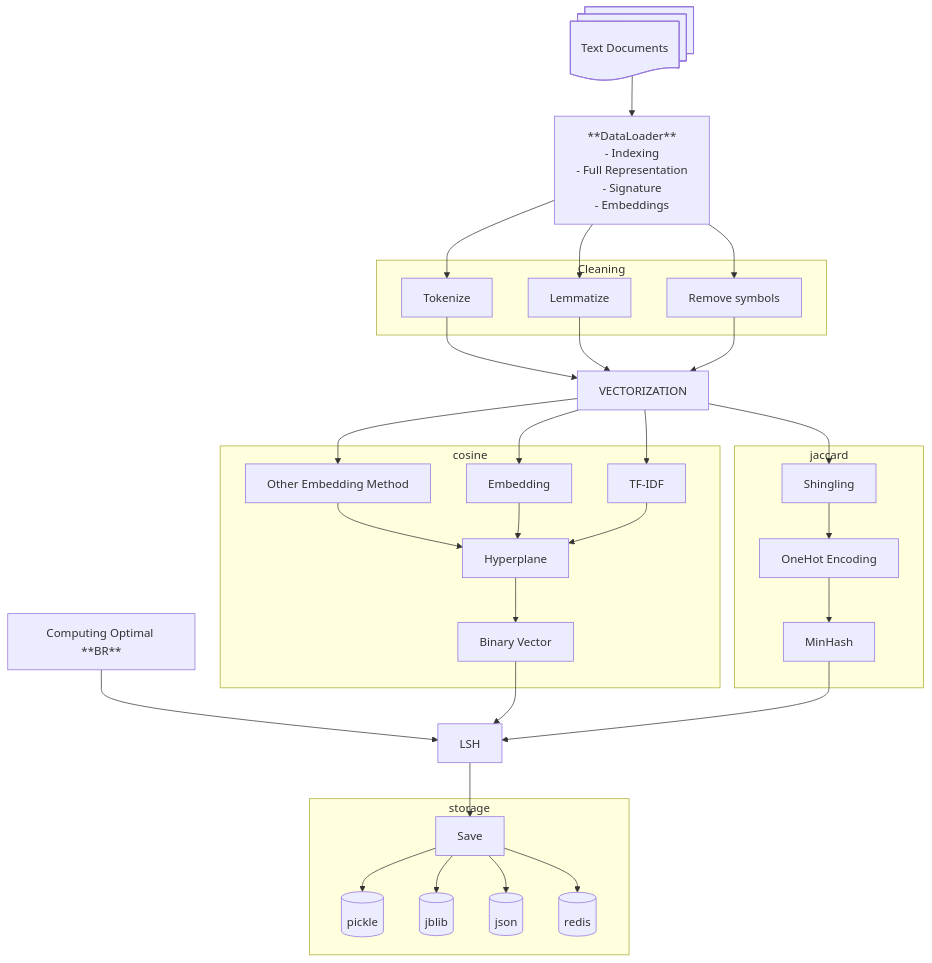
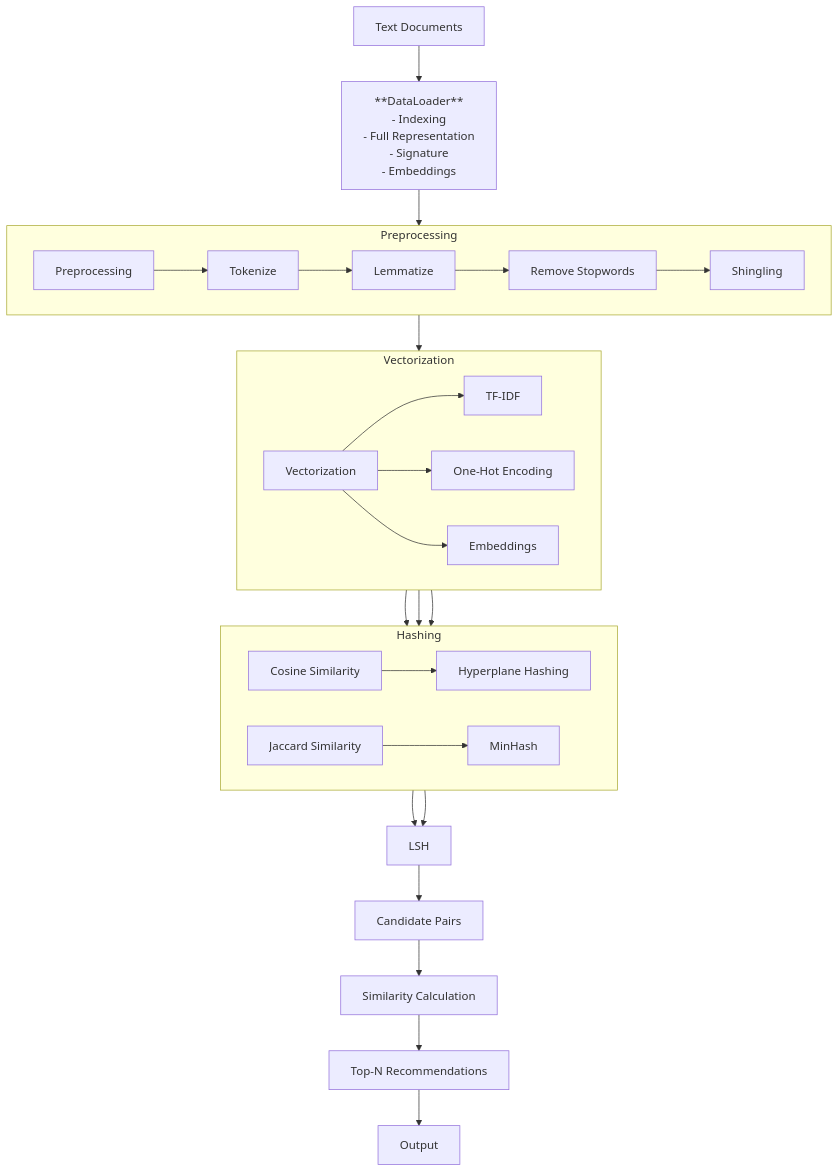
Before and after one commit to mxngjxa/lshrs: the diagram in README.md, drawn with Mermaid. The commit also changed other lines of this file, not shown here.

````diff
--- a/README.md
+++ b/README.md
@@ -1,75 +82,52 @@
 ```mermaid
 ---
 config:
   layout: dagre
 ---
 flowchart TD
 
     A["Text Documents"]
     A --> B["**DataLoader**
     - Indexing
     - Full Representation
     - Signature
     - Embeddings"]
 
-    B --> C & D & E
+    B --> C["Preprocessing"]
 
-
-    subgraph Cleaning
-    C["Tokenize"]
-    D["Lemmatize"]
-    E["Remove symbols"]
+    subgraph Preprocessing
+        direction LR
+        C --> D["Tokenize"]
+        D --> E["Lemmatize"]
+        E --> F["Remove Stopwords"]
+        F --> G["Shingling"]
     end
 
-        C --> F["VECTORIZATION"]
+    C --> H["Vectorization"]
 
-
-
-    D --> F
-    E --> F
-
-
-    F --> G1 & G2 & G3 & G4
-
-    G1["Shingling"]
-
-    subgraph cosine
-      G2["TF-IDF"]
-      G4["Embedding"]
-      G3["Other Embedding Method"]
-      G3 --> H2["Hyperplane"]
-      G4 --> H2
-          G2 --> H2
-
-    H2 --> K2["Binary Vector"]
-
+    subgraph Vectorization
+        direction LR
+        H --> I["TF-IDF"]
+        H --> J["One-Hot Encoding"]
+        H --> K["Embeddings"]
     end
 
-    subgraph jaccard
-    G1 --> I1["OneHot Encoding"]
-    I1 --> I2["MinHash"]
+    I --> L["Cosine Similarity"]
+    J --> M["Jaccard Similarity"]
+    K --> L
+
+    subgraph Hashing
+        direction LR
+        L --> N["Hyperplane Hashing"]
+        M --> O["MinHash"]
     end
 
-    N["Computing Optimal **BR**"] --> K1["LSH"]
+    N --> P["LSH"]
+    O --> P
 
-    K2 --> K1
-    I2 --> K1
+    P --> Q["Candidate Pairs"]
+    Q --> R["Similarity Calculation"]
+    R --> S["Top-N Recommendations"]
 
-
-
-    K1 --> L1["Save"]
-
-    subgraph storage
-    L1 --> M1 & M2 & M3 & M4
-    end
-    
-    M1[("pickle")]
-    M2[("jblib")]
-    M3[("json")]
-    M4[("redis")]
-    
-
-
-
-    A@{ shape: docs}
+    S --> T["Output"]
 ```
````
